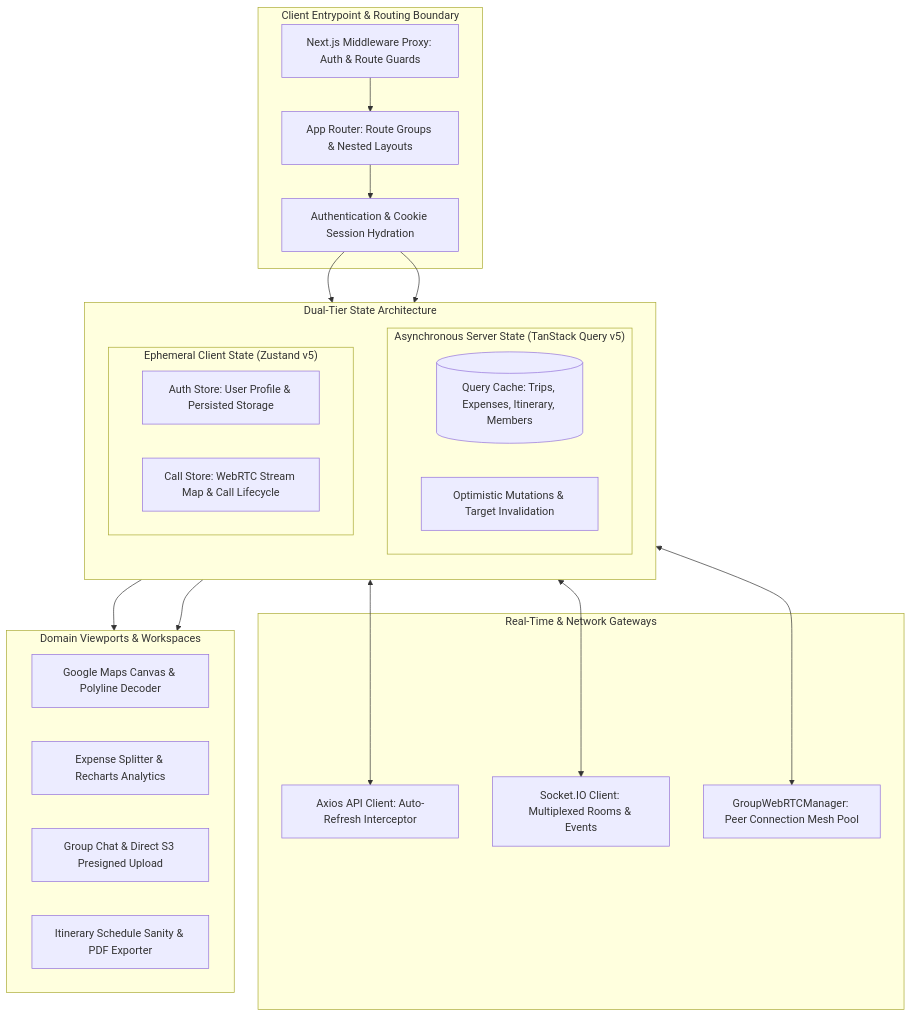
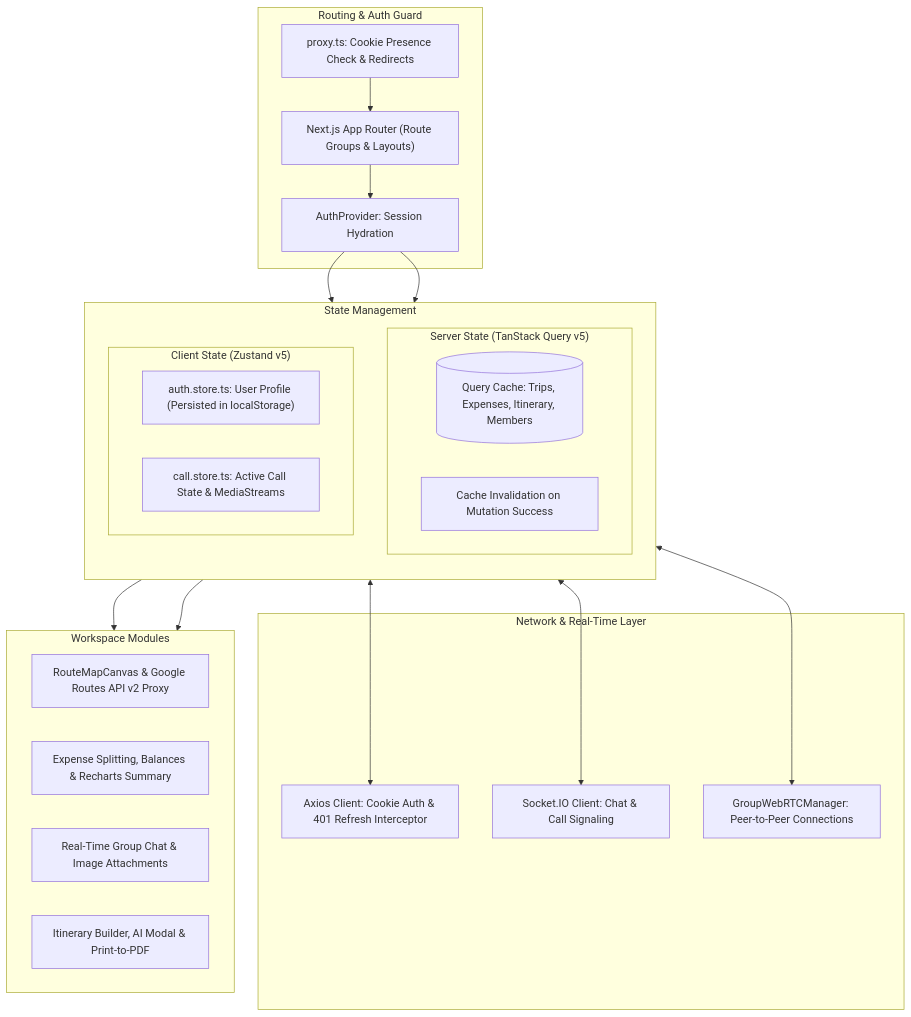
Before and after one commit to Nasif284/Kafla-client: the first of 4 diagrams in README.md, drawn with Mermaid. The commit also changed other lines of this file, not shown here.

Commit message:
docs: update README to accurately reflect implementation and architecture

````diff
--- a/README.md
+++ b/README.md
@@ -20,45 +18,44 @@
 ```mermaid
 flowchart TD
-    subgraph Client_Entrypoint["Client Entrypoint & Routing Boundary"]
-        PROXY[Next.js Middleware Proxy: Auth & Route Guards]
-        APP_ROUTER[App Router: Route Groups & Nested Layouts]
-        AUTH_PROV[Authentication & Cookie Session Hydration]
+    subgraph Routing["Routing & Auth Guard"]
+        PROXY["proxy.ts: Cookie Presence Check & Redirects"]
+        APP_ROUTER["Next.js App Router (Route Groups & Layouts)"]
+        AUTH_PROV["AuthProvider: Session Hydration"]
     end
 
-    subgraph State_Management["Dual-Tier State Architecture"]
+    subgraph State["State Management"]
         direction TB
-        subgraph Server_State["Asynchronous Server State (TanStack Query v5)"]
-            QUERY_CACHE[(Query Cache: Trips, Expenses, Itinerary, Members)]
-            MUTATIONS[Optimistic Mutations & Target Invalidation]
+        subgraph Server_State["Server State (TanStack Query v5)"]
+            QUERY_CACHE[("Query Cache: Trips, Expenses, Itinerary, Members")]
+            INVALIDATION["Cache Invalidation on Mutation Success"]
         end
-        subgraph Ephemeral_State["Ephemeral Client State (Zustand v5)"]
-            AUTH_STORE[Auth Store: User Profile & Persisted Storage]
-            CALL_STORE[Call Store: WebRTC Stream Map & Call Lifecycle]
+        subgraph Client_State["Client State (Zustand v5)"]
+            AUTH_STORE["auth.store.ts: User Profile (Persisted in localStorage)"]
+            CALL_STORE["call.store.ts: Active Call State & MediaStreams"]
         end
     end
 
-    subgraph Transport_Layer["Real-Time & Network Gateways"]
-        AXIOS[Axios API Client: Auto-Refresh Interceptor]
-        SOCKET[Socket.IO Client: Multiplexed Rooms & Events]
-        RTC_MGR[GroupWebRTCManager: Peer Connection Mesh Pool]
+    subgraph Network["Network & Real-Time Layer"]
+        AXIOS["Axios Client: Cookie Auth & 401 Refresh Interceptor"]
+        SOCKET["Socket.IO Client: Chat & Call Signaling"]
+        RTC_MGR["GroupWebRTCManager: Peer-to-Peer Connections"]
     end
 
-    subgraph Presentation_Domain["Domain Viewports & Workspaces"]
-        MAP_ENGINE[Google Maps Canvas & Polyline Decoder]
-        EXPENSE_ENGINE[Expense Splitter & Recharts Analytics]
-        CHAT_ENGINE[Group Chat & Direct S3 Presigned Upload]
-        ITIN_ENGINE[Itinerary Schedule Sanity & PDF Exporter]
+    subgraph Features["Workspace Modules"]
+        MAP["RouteMapCanvas & Google Routes API v2 Proxy"]
+        EXPENSE["Expense Splitting, Balances & Recharts Summary"]
+        CHAT["Real-Time Group Chat & Image Attachments"]
+        ITIN["Itinerary Builder, AI Modal & Print-to-PDF"]
     end
 
-    PROXY --> APP_ROUTER
-    APP_ROUTER --> AUTH_PROV
+    PROXY --> APP_ROUTER --> AUTH_PROV
     AUTH_PROV --> Server_State
-    AUTH_PROV --> Ephemeral_State
+    AUTH_PROV --> Client_State
 
     Server_State <--> AXIOS
-    Ephemeral_State <--> SOCKET
-    Ephemeral_State <--> RTC_MGR
+    Client_State <--> SOCKET
+    Client_State <--> RTC_MGR
 
-    Server_State --> Presentation_Domain
-    Ephemeral_State --> Presentation_Domain
+    Server_State --> Features
+    Client_State --> Features
 ```
````
